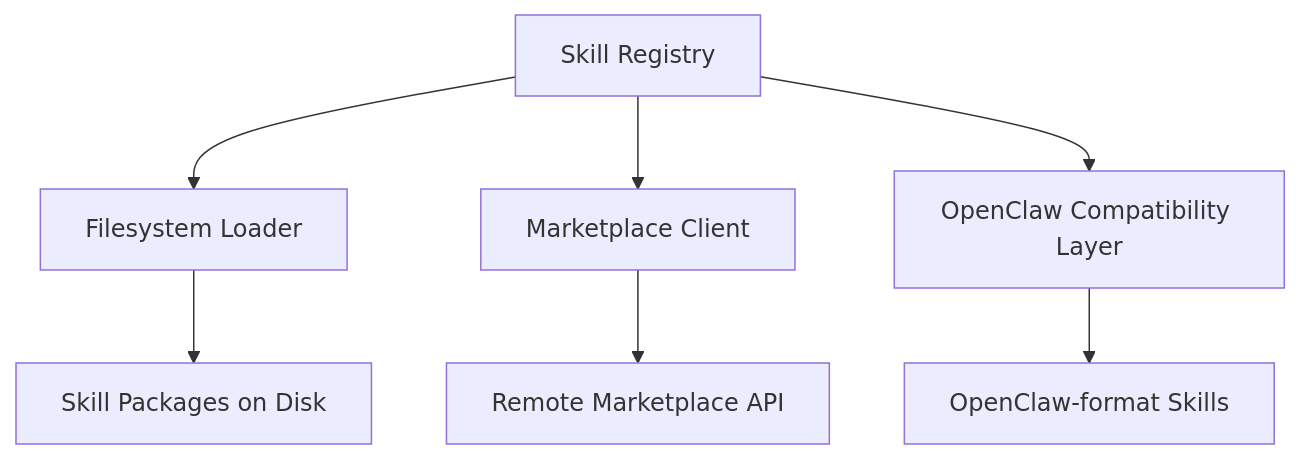
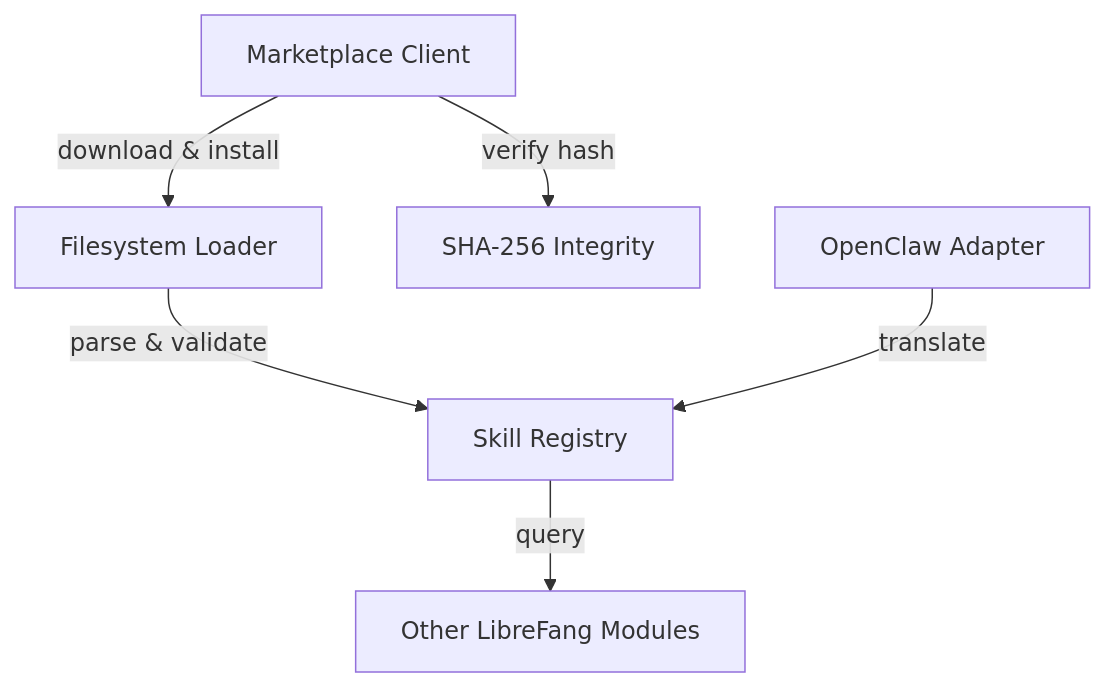
Before and after one commit to leszek3737/librefang-WIki: the diagram in other-librefang-skills.md, drawn with Mermaid. The commit also changed other lines of this file and 93 other files, not shown here.

````diff
--- a/other-librefang-skills.md
+++ b/other-librefang-skills.md
@@ -15,9 +18,8 @@
 ```mermaid
 graph TD
-    A[Skill Registry] --> B[Filesystem Loader]
-    A --> C[Marketplace Client]
-    B --> D[Skill Packages on Disk]
-    C --> E[Remote Marketplace API]
-    A --> F[OpenClaw Compatibility Layer]
-    F --> G[OpenClaw-format Skills]
+    FS[Filesystem Loader] -->|parse & validate| REG[Skill Registry]
+    MKT[Marketplace Client] -->|download & install| FS
+    MKT -->|verify hash| HASH[SHA-256 Integrity]
+    OCC[OpenClaw Adapter] -->|translate| REG
+    REG -->|query| CONSUMERS[Other LibreFang Modules]
 ```
````
